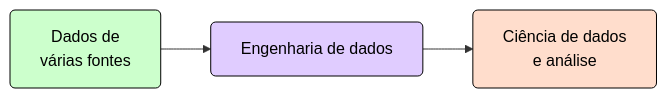
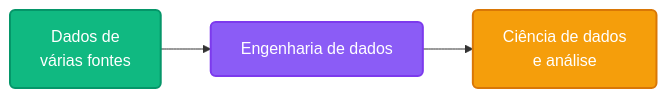
One commit to Insper/dataeng changed the third of 3 diagrams in content/classes/01-intro/profissionais.md. Above: the diagram before and after it, drawn with Mermaid. The commit also changed other lines of this file and 12 other files, not shown here.

````diff
--- a/content/classes/01-intro/profissionais.md
+++ b/content/classes/01-intro/profissionais.md
@@ -104,8 +105,8 @@
 ```mermaid
 flowchart LR
-    style Fontes fill:#ccffcc,stroke:#000,color:#000,rx:5,ry:5
-    style Engenharia fill:#e0ccff,stroke:#000,color:#000,rx:5,ry:5
-    style Ciencia fill:#ffddcc,stroke:#000,color:#000,rx:5,ry:5
+    style Fontes fill:#10b981,stroke:#059669,color:#ffffff,rx:5,ry:5,stroke-width:2px
+    style Engenharia fill:#8b5cf6,stroke:#7c3aed,color:#ffffff,rx:5,ry:5,stroke-width:2px
+    style Ciencia fill:#f59e0b,stroke:#d97706,color:#ffffff,rx:5,ry:5,stroke-width:2px
 
     Fontes[Dados de<br>várias fontes] --> Engenharia[Engenharia de dados] --> Ciencia[Ciência de dados<br>e análise]
 ```
````
